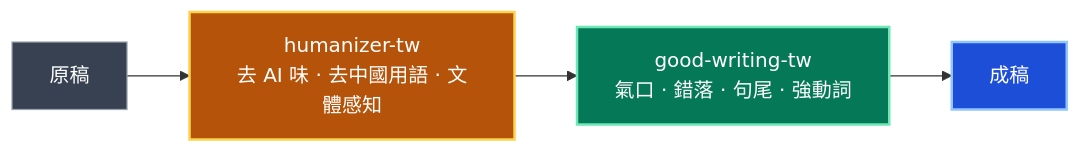
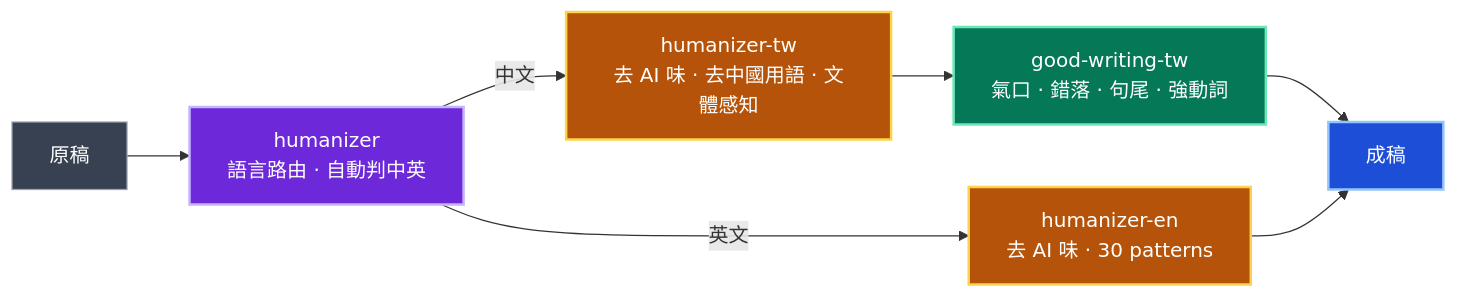
Before and after one commit to aeopress/writing-skills.TW: the diagram in README.md, drawn with Mermaid. The commit also changed other lines of this file, not shown here.

Commit message:
docs: add humanizer router + tw/en branch to workflow mermaid

````diff
--- a/README.md
+++ b/README.md
@@ -13,9 +13,14 @@
 ```mermaid
 flowchart LR
     classDef raw fill:#374151,color:#fff,stroke:#9ca3af,stroke-width:1px;
+    classDef route fill:#6d28d9,color:#fff,stroke:#c4b5fd,stroke-width:2px;
     classDef hum fill:#b45309,color:#fff,stroke:#fcd34d,stroke-width:2px;
     classDef gw fill:#047857,color:#fff,stroke:#6ee7b7,stroke-width:2px;
     classDef done fill:#1d4ed8,color:#fff,stroke:#93c5fd,stroke-width:2px;
 
-    A["原稿"]:::raw --> B["humanizer-tw<br/>去 AI 味 · 去中國用語 · 文體感知"]:::hum --> C["good-writing-tw<br/>氣口 · 錯落 · 句尾 · 強動詞"]:::gw --> D["成稿"]:::done
+    A["原稿"]:::raw --> H["humanizer<br/>語言路由 · 自動判中英"]:::route
+    H -->|中文| TW["humanizer-tw<br/>去 AI 味 · 去中國用語 · 文體感知"]:::hum
+    H -->|英文| EN["humanizer-en<br/>去 AI 味 · 30 patterns"]:::hum
+    TW --> GW["good-writing-tw<br/>氣口 · 錯落 · 句尾 · 強動詞"]:::gw --> D["成稿"]:::done
+    EN --> D
 ```
````
